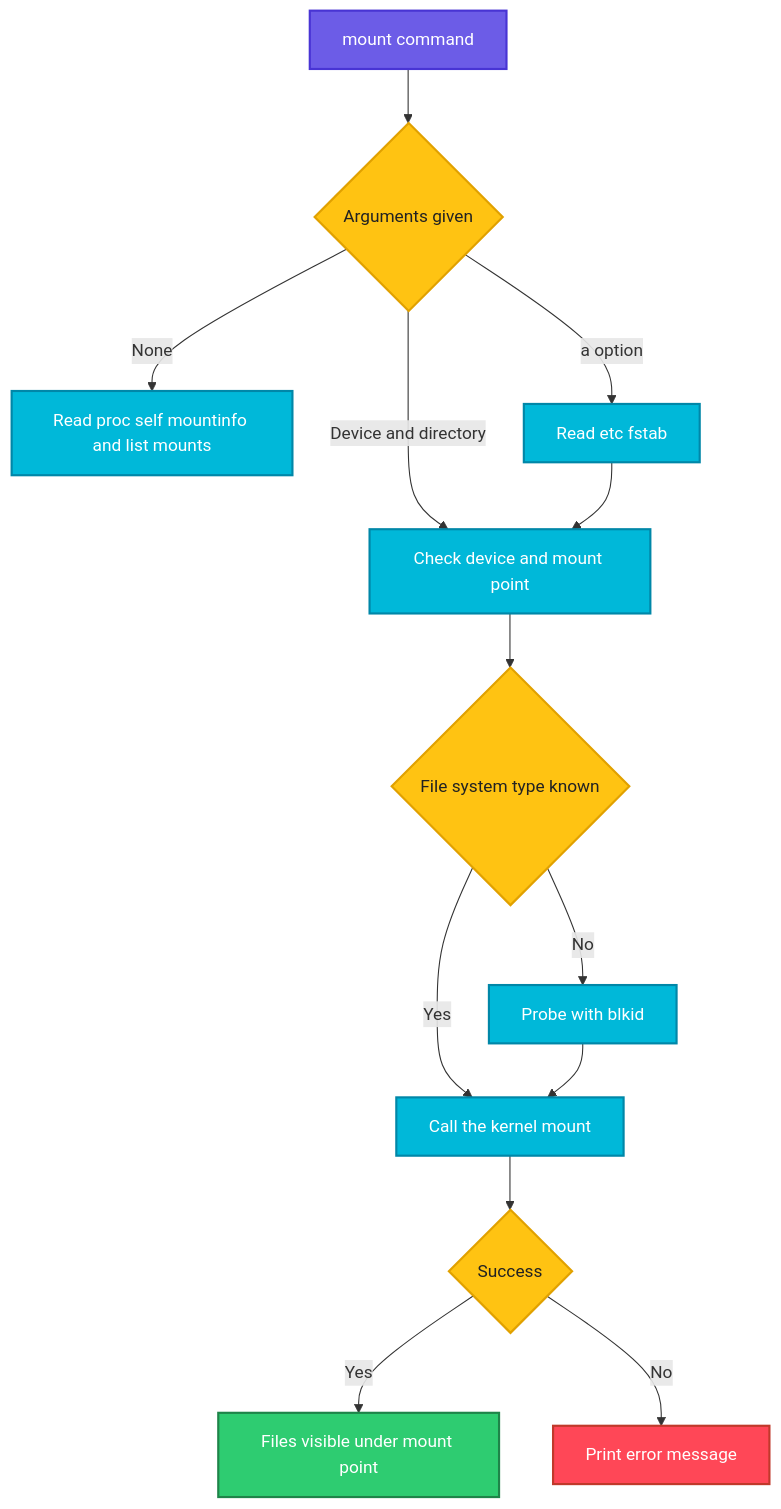
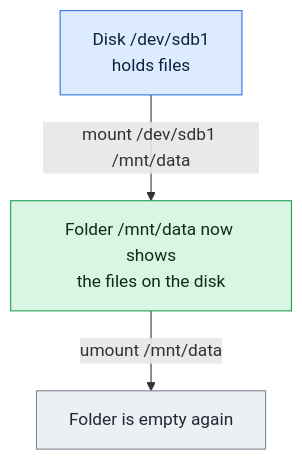
Before and after one commit to codeKerdosTech/DevOps-Documentation: the diagram in linux/system-info/mount.md, drawn with Mermaid. The commit also changed other lines of this file and 165 other files, not shown here.

Commit message:
updated diagrams in linux

````diff
--- a/linux/system-info/mount.md
+++ b/linux/system-info/mount.md
@@ -36,27 +36,13 @@
 ```mermaid
 flowchart TD
-    A[mount command] --> B{Arguments given}
-    B -->|None| C[Read proc self mountinfo and list mounts]
-    B -->|a option| D[Read etc fstab]
-    B -->|Device and directory| E[Check device and mount point]
-    D --> E
-    E --> F{File system type known}
-    F -->|Yes| G[Call the kernel mount]
-    F -->|No| H[Probe with blkid]
-    H --> G
-    G --> I{Success}
-    I -->|Yes| J[Files visible under mount point]
-    I -->|No| K[Print error message]
-    classDef start fill:#6C5CE7,stroke:#4834D4,stroke-width:2px,color:#fff
-    classDef proc fill:#00B8D9,stroke:#0087A8,stroke-width:2px,color:#fff
-    classDef dec fill:#FFC312,stroke:#E1A100,stroke-width:2px,color:#222
-    classDef ok fill:#2ECC71,stroke:#1E8449,stroke-width:2px,color:#fff
-    classDef err fill:#FF4757,stroke:#C0392B,stroke-width:2px,color:#fff
-    classDef out fill:#FD79A8,stroke:#E84393,stroke-width:2px,color:#fff
-    classDef alt fill:#FF9F43,stroke:#E67E22,stroke-width:2px,color:#fff
-    class A start
-    class C,D,E,G,H proc
-    class B,F,I dec
-    class J ok
-    class K err
+    i1[Disk /dev/sdb1<br/>holds files] -->|mount /dev/sdb1 /mnt/data| o1[Folder /mnt/data now shows<br/>the files on the disk]
+    o1 -->|umount /mnt/data| n1[Folder is empty again]
+    classDef inp fill:#DCEBFF,stroke:#2F6FDE,color:#10213F
+    classDef cmd fill:#FFF0C2,stroke:#C98A00,color:#3A2A00
+    classDef out fill:#D9F5E3,stroke:#1F9D55,color:#0B2E1A
+    classDef bad fill:#FDE0E0,stroke:#D13B3B,color:#4A0F0F
+    classDef note fill:#ECEFF3,stroke:#7B8794,color:#1F2933
+    class i1 inp
+    class o1 out
+    class n1 note
 ```
````
